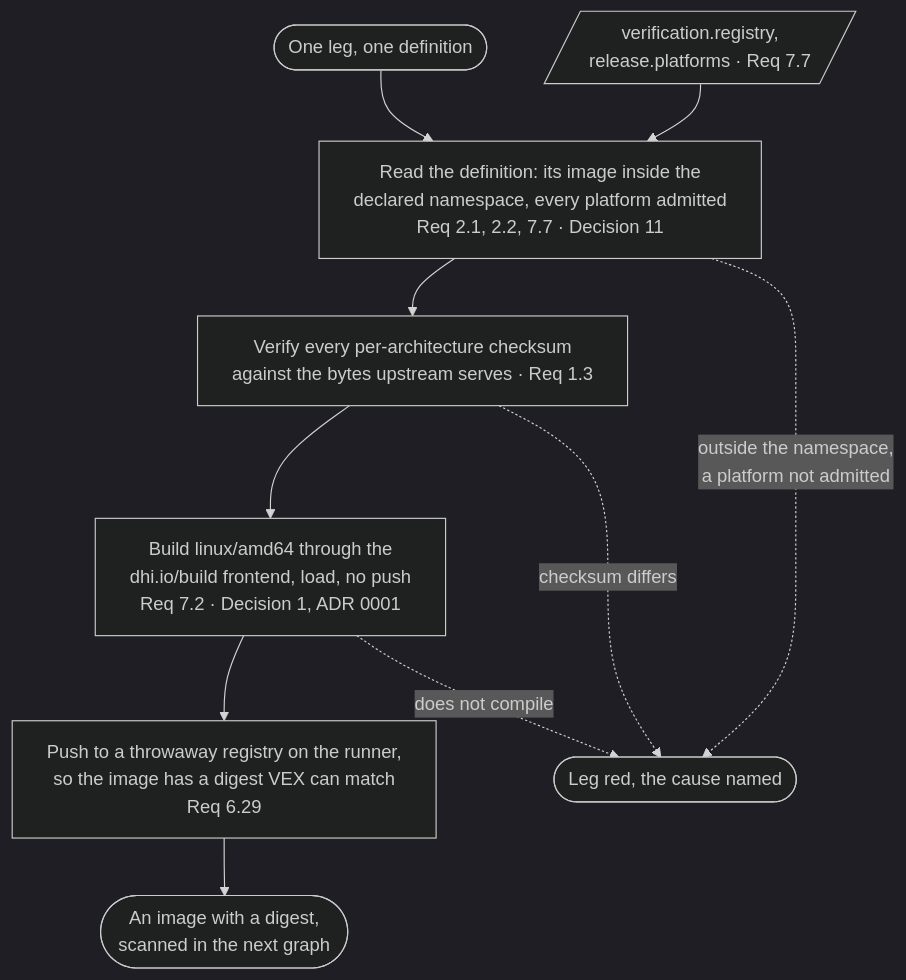
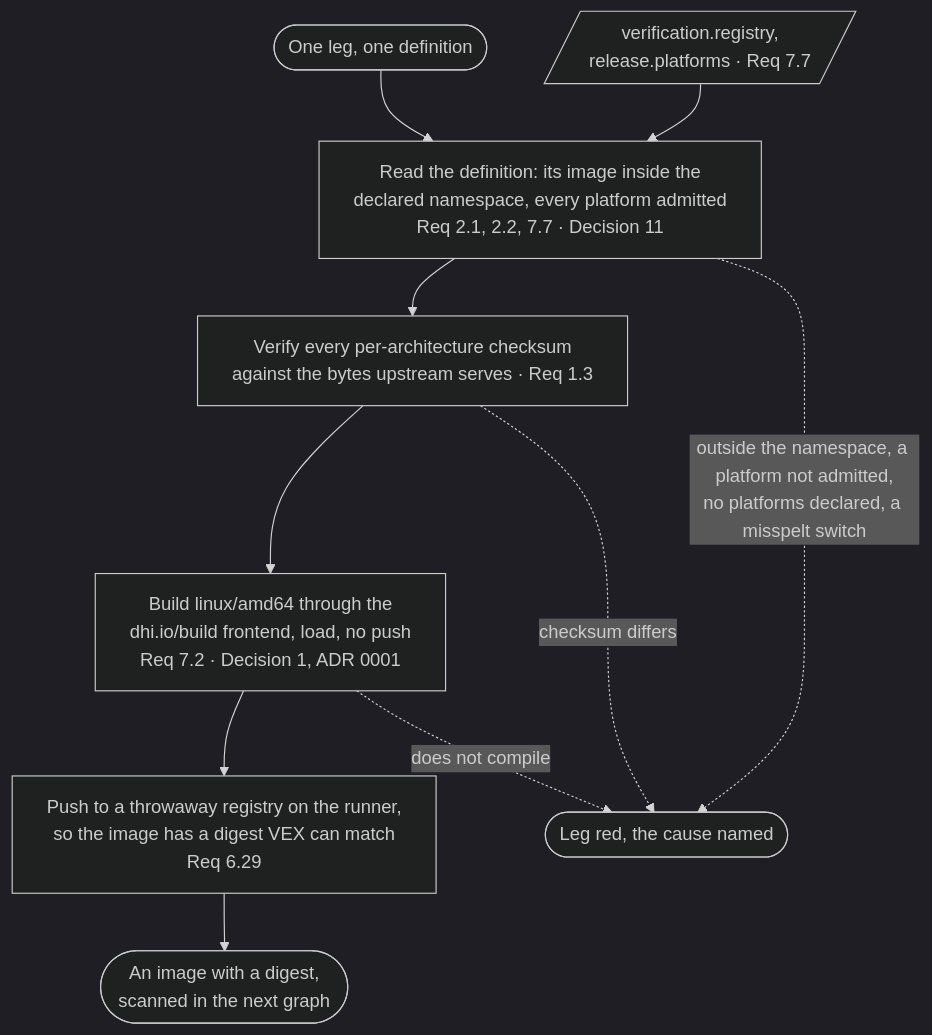
Before and after one commit to mm-weber/dhc-pipeline: the ninth of 31 diagrams in docs/lanes.md, drawn with Mermaid (dark theme). The commit also changed other lines of this file, not shown here.

````diff
--- a/docs/lanes.md
+++ b/docs/lanes.md
@@ -311,18 +312,18 @@
 ```mermaid
 %%{init: {"flowchart": {"wrappingWidth": 340}}}%%
 flowchart TB
     NS[/"verification.registry,<br/>release.platforms · Req 7.7"/]
     LEG(["One leg, one definition"])
     META["Read the definition: its image inside the<br/>declared namespace, every platform admitted<br/>Req 2.1, 2.2, 7.7 · Decision 11"]
     ARCH["Verify every per-architecture checksum<br/>against the bytes upstream serves · Req 1.3"]
     BLD["Build linux/amd64 through the<br/>dhi.io/build frontend, load, no push<br/>Req 7.2 · Decision 1, ADR 0001"]
     LR["Push to a throwaway registry on the runner,<br/>so the image has a digest VEX can match<br/>Req 6.29"]
     NEXT(["An image with a digest,<br/>scanned in the next graph"])
     STOP(["Leg red, the cause named"])
     LEG --> META
     NS --> META
     META --> ARCH --> BLD --> LR --> NEXT
-    META -.->|outside the namespace,<br/>a platform not admitted| STOP
+    META -.->|outside the namespace, a platform not admitted,<br/>no platforms declared, a misspelt switch| STOP
     ARCH -.->|checksum differs| STOP
     BLD -.->|does not compile| STOP
 ```
````
